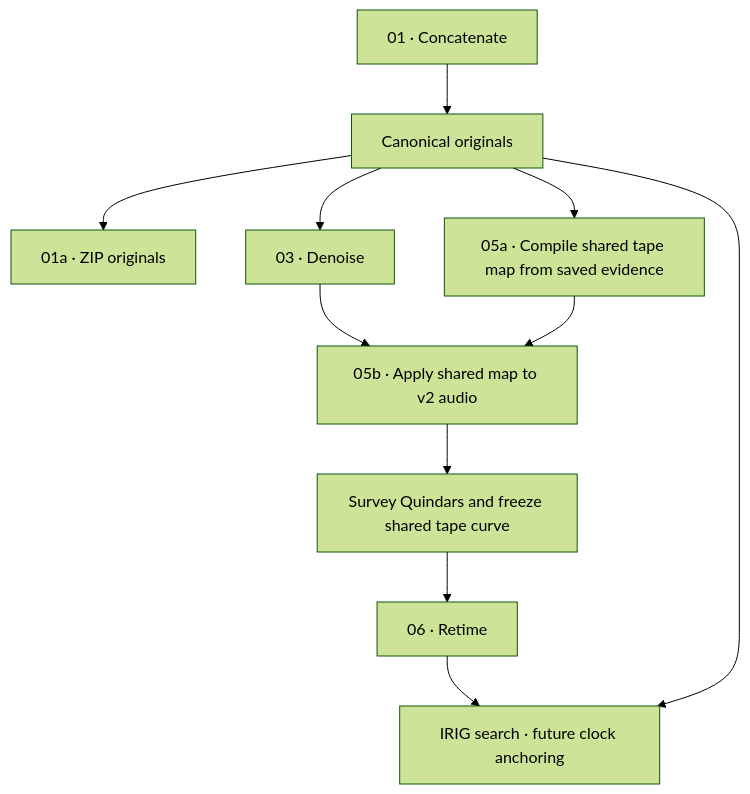
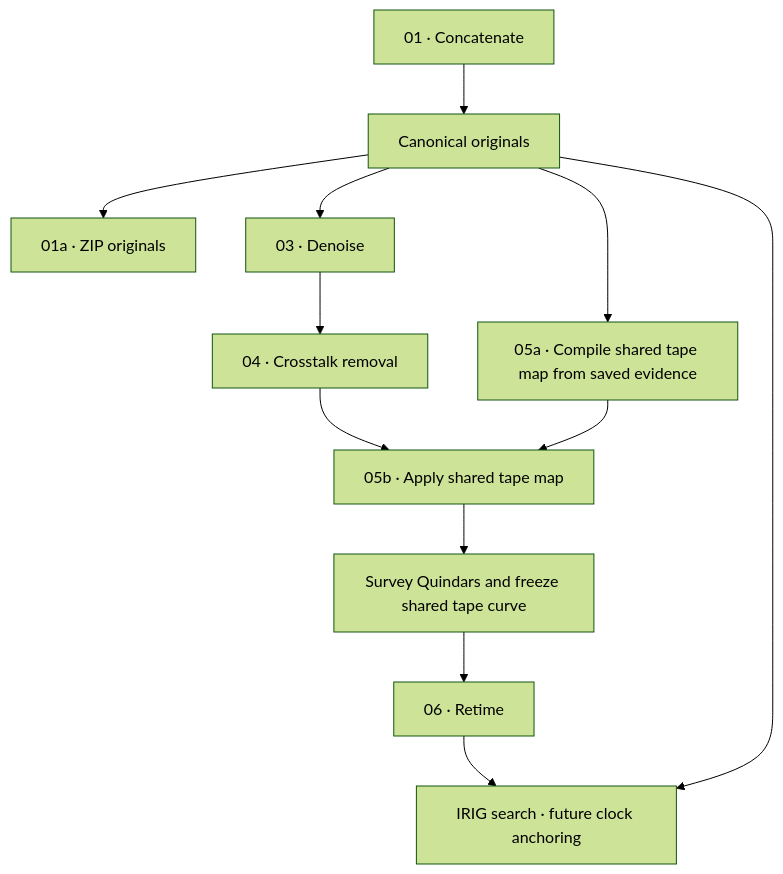
One commit to bfeist/Apollo_15 changed the diagram in README.md. Above: the diagram before and after it, drawn with Mermaid (forest theme). The commit also changed other lines of this file and 17 other files, not shown here.

````diff
--- a/README.md
+++ b/README.md
@@ -47,13 +49,14 @@
 ```mermaid
 flowchart TD
     A[01 · Concatenate] --> B[Canonical originals]
     B --> C[01a · ZIP originals]
     B --> D[03 · Denoise]
     B --> E[05a · Compile shared tape map from saved evidence]
-    D --> F[05b · Apply shared map to v2 audio]
+    D --> X[04 · Crosstalk removal]
+    X --> F[05b · Apply shared tape map]
     E --> F
     F --> G[Survey Quindars and freeze shared tape curve]
     G --> H[06 · Retime]
     H --> I[07 · Speech normalization]
     B --> I[IRIG search · future clock anchoring]
 ```
````
